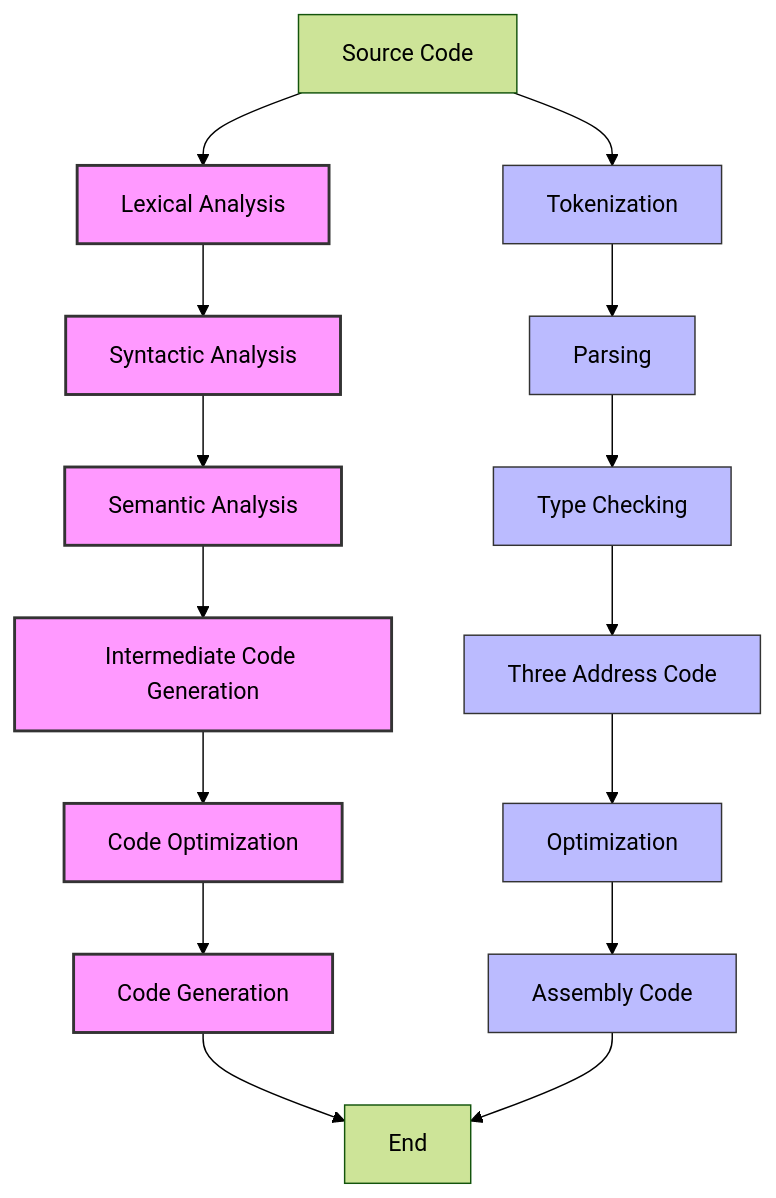
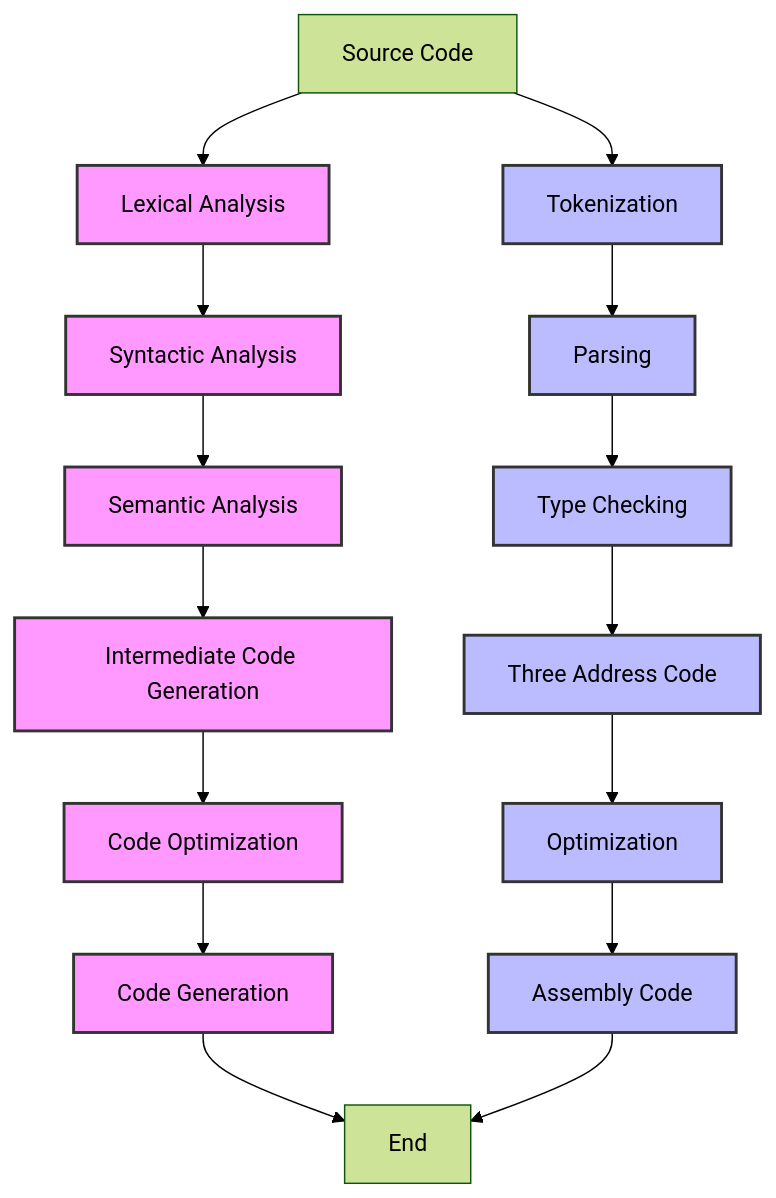
Before and after one commit to random-goose/Notes-Vault: the diagram in V/LP/Language Processors Prashant Anna Save Me Please.md, drawn with Mermaid (forest theme). The commit also changed other lines of this file, not shown here.

Commit message:
vault auto backup: 2024-12-15 22:58:07

````diff
--- a/V/LP/Language Processors Prashant Anna Save Me Please.md
+++ b/V/LP/Language Processors Prashant Anna Save Me Please.md
@@ -2,39 +2,39 @@
 ```mermaid
 graph TD
 
     A[Source Code] --> B[Lexical Analysis]
 
     B:::phase --> C[Syntactic Analysis]
 
     C:::phase --> D[Semantic Analysis]
 
     D:::phase --> E[Intermediate Code Generation]
 
     E:::phase --> F[Code Optimization]
 
     F:::phase --> G[Code Generation]
 
     G:::phase --> I[End]
 
   
 
     A --> BA[Tokenization]:::process
 
     BA --> CA[Parsing]:::process
 
     CA --> DA[Type Checking]:::process
 
     DA --> EA[Three Address Code]:::process
 
     EA --> FA[Optimization]:::process
 
     FA --> GA[Assembly Code]:::process
 
     GA --> I
 
   
 
     classDef phase fill:#f9f,stroke:#333,stroke-width:2px;
 
-    classDef process fill:#bbf,stroke:#333,stroke-width:1px;
+    classDef process fill:#bbf,stroke:#333,stroke-width:2px;
 ```
````
